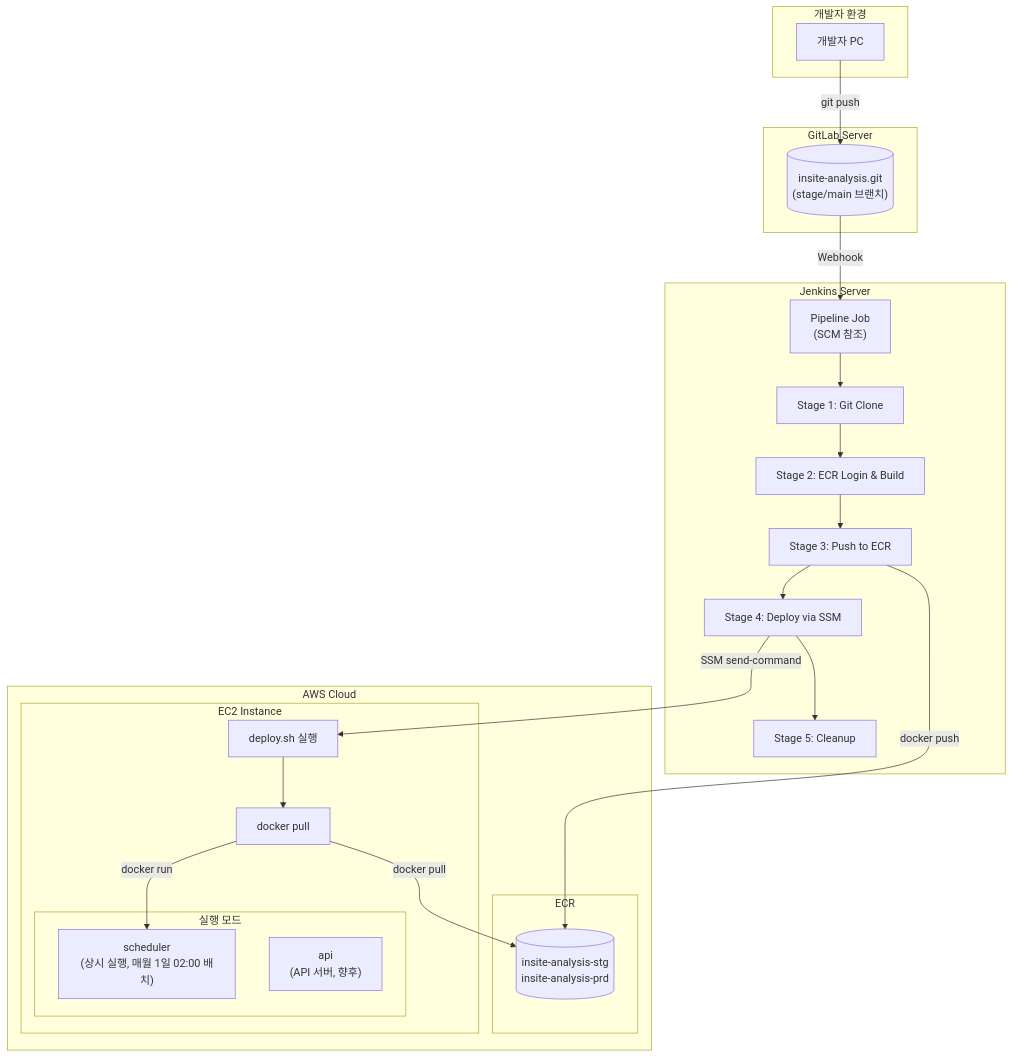
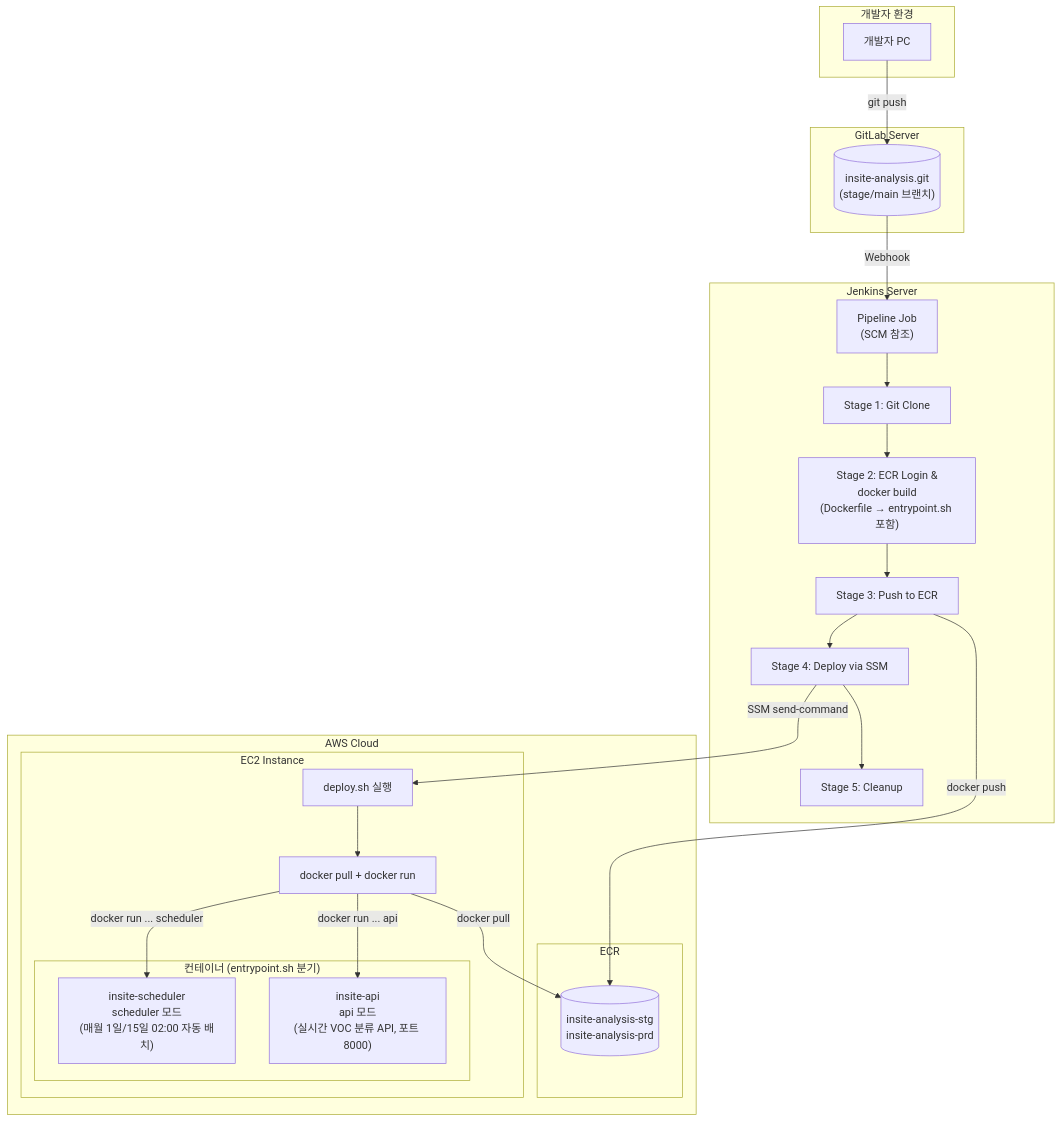
Before and after one commit to dasoldasol/dasoldasol.github.io: the diagram in _posts/2026-01-30-cicd-python-ecr-ec2.md, drawn with Mermaid. The commit also changed other lines of this file, not shown here.

Commit message:
update: CI/CD 블로그 배포 플로우 상세화 (Dockerfile → entrypoint.sh → deploy.sh)

````diff
--- a/_posts/2026-01-30-cicd-python-ecr-ec2.md
+++ b/_posts/2026-01-30-cicd-python-ecr-ec2.md
@@ -71,42 +71,43 @@
 ```mermaid
 flowchart TB
     subgraph DEV["개발자 환경"]
         A[개발자 PC]
     end
 
     subgraph GITLAB["GitLab Server"]
         B[("insite-analysis.git<br/>(stage/main 브랜치)")]
     end
 
     subgraph JENKINS["Jenkins Server"]
         C["Pipeline Job<br/>(SCM 참조)"]
         C1["Stage 1: Git Clone"]
-        C2["Stage 2: ECR Login & Build"]
+        C2["Stage 2: ECR Login &<br/>docker build<br/>(Dockerfile → entrypoint.sh 포함)"]
         C3["Stage 3: Push to ECR"]
         C4["Stage 4: Deploy via SSM"]
         C5["Stage 5: Cleanup"]
     end
 
     subgraph AWS["AWS Cloud"]
         subgraph ECR["ECR"]
             D[("insite-analysis-stg<br/>insite-analysis-prd")]
         end
         subgraph EC2["EC2 Instance"]
             E["deploy.sh 실행"]
-            F["docker pull"]
-            subgraph MODES["실행 모드"]
-                G["scheduler<br/>(상시 실행, 매월 1일 02:00 배치)"]
-                H["api<br/>(API 서버, 향후)"]
+            F["docker pull + docker run"]
+            subgraph MODES["컨테이너 (entrypoint.sh 분기)"]
+                G["insite-scheduler<br/>scheduler 모드<br/>(매월 1일/15일 02:00 자동 배치)"]
+                H["insite-api<br/>api 모드<br/>(실시간 VOC 분류 API, 포트 8000)"]
             end
         end
     end
 
     A -->|"git push"| B
     B -->|"Webhook"| C
     C --> C1 --> C2 --> C3 --> C4 --> C5
     C3 -->|"docker push"| D
     C4 -->|"SSM send-command"| E
     E --> F
     F -->|"docker pull"| D
-    F -->|"docker run"| G
+    F -->|"docker run ... scheduler"| G
+    F -->|"docker run ... api"| H
 ```
````
